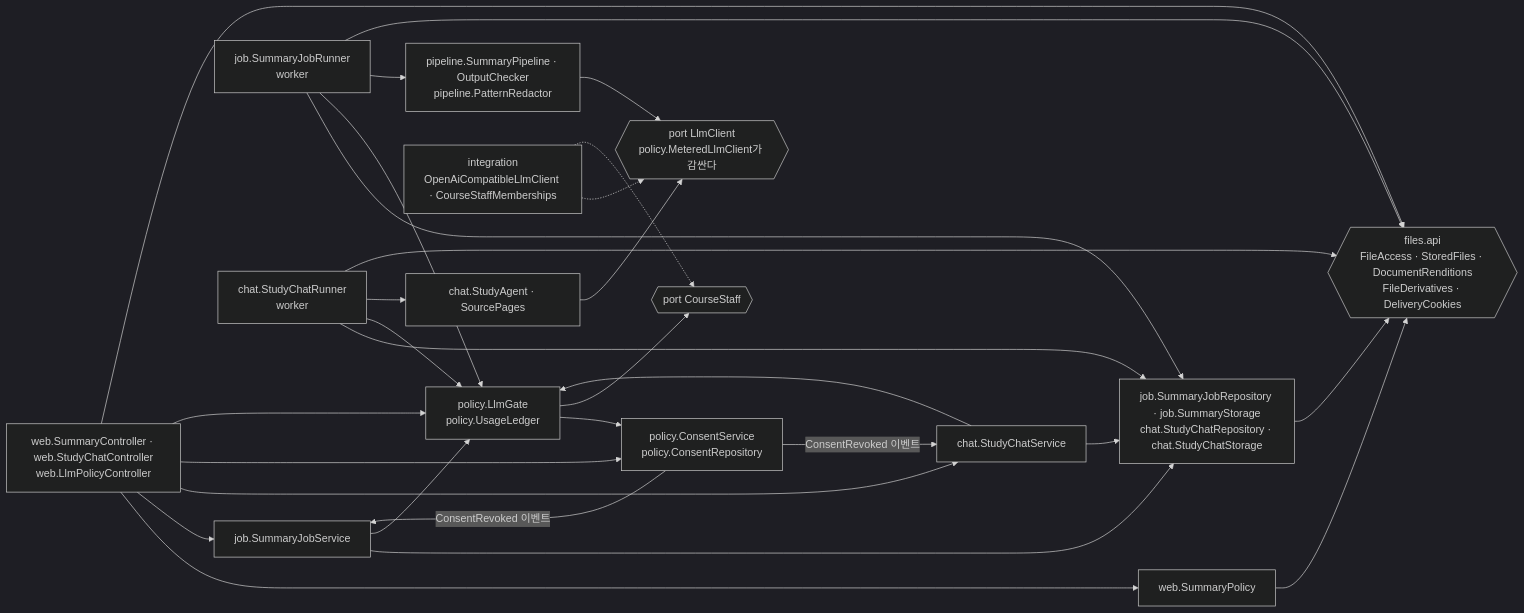
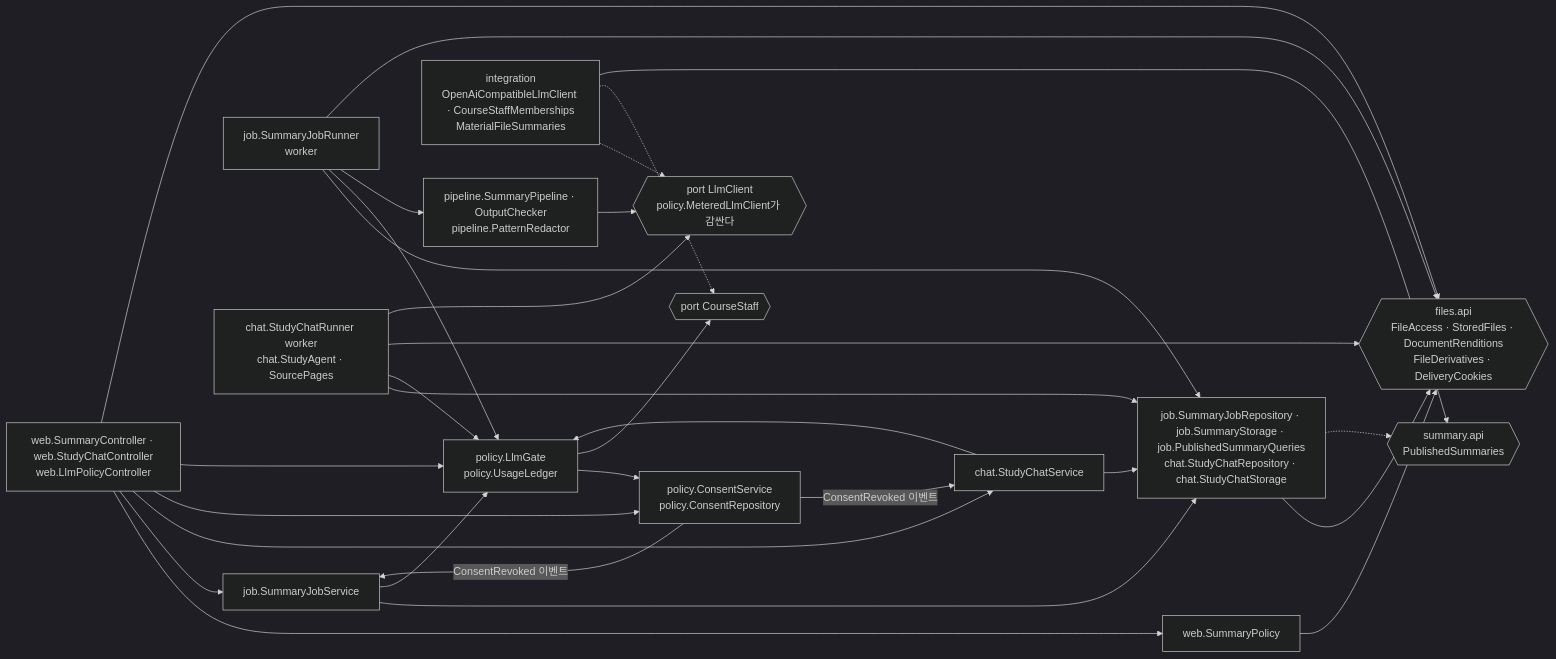
Before and after one commit to 2026ENDPoinT/team13: diagram 13 of 18 in backend/docs/c4.md, drawn with Mermaid (dark theme). The commit also changed other lines of this file, not shown here.

````diff
--- a/backend/docs/c4.md
+++ b/backend/docs/c4.md
@@ -492,28 +497,30 @@
 ```mermaid
 flowchart LR
   WEB["web.SummaryController · web.StudyChatController<br/>web.LlmPolicyController"]
   POL["web.SummaryPolicy"]
   JS["job.SummaryJobService"]
   CS["chat.StudyChatService"]
   CON["policy.ConsentService<br/>policy.ConsentRepository"]
   GATE["policy.LlmGate<br/>policy.UsageLedger"]
   JR["job.SummaryJobRunner<br/>worker"]
-  CR["chat.StudyChatRunner<br/>worker"]
+  CR["chat.StudyChatRunner worker<br/>chat.StudyAgent · SourcePages"]
   PIPE["pipeline.SummaryPipeline · OutputChecker<br/>pipeline.PatternRedactor"]
-  AG["chat.StudyAgent · SourcePages"]
-  REPO["job.SummaryJobRepository · job.SummaryStorage<br/>chat.StudyChatRepository · chat.StudyChatStorage"]
+  REPO["job.SummaryJobRepository · job.SummaryStorage · job.PublishedSummaryQueries<br/>chat.StudyChatRepository · chat.StudyChatStorage"]
+  PUB{{"summary.api<br/>PublishedSummaries"}}
   LLM{{"port LlmClient<br/>policy.MeteredLlmClient가 감싼다"}}
   STAFF{{"port CourseStaff"}}
   FAPI{{"files.api<br/>FileAccess · StoredFiles · DocumentRenditions<br/>FileDerivatives · DeliveryCookies"}}
-  INT["integration<br/>OpenAiCompatibleLlmClient · CourseStaffMemberships"]
+  INT["integration<br/>OpenAiCompatibleLlmClient · CourseStaffMemberships<br/>MaterialFileSummaries"]
   WEB --> POL & JS & CS & CON & GATE
   WEB & POL --> FAPI
   JS & CS --> REPO & GATE
   CON -->|"ConsentRevoked 이벤트"| JS & CS
   GATE --> CON & STAFF
   JR --> REPO & GATE & PIPE & FAPI
-  CR --> REPO & GATE & AG & FAPI
-  PIPE & AG --> LLM
+  CR --> REPO & GATE & FAPI
+  PIPE & CR --> LLM
   REPO --> FAPI
+  REPO -.-> PUB
   INT -.-> LLM & STAFF
+  INT --> PUB
 ```
````
